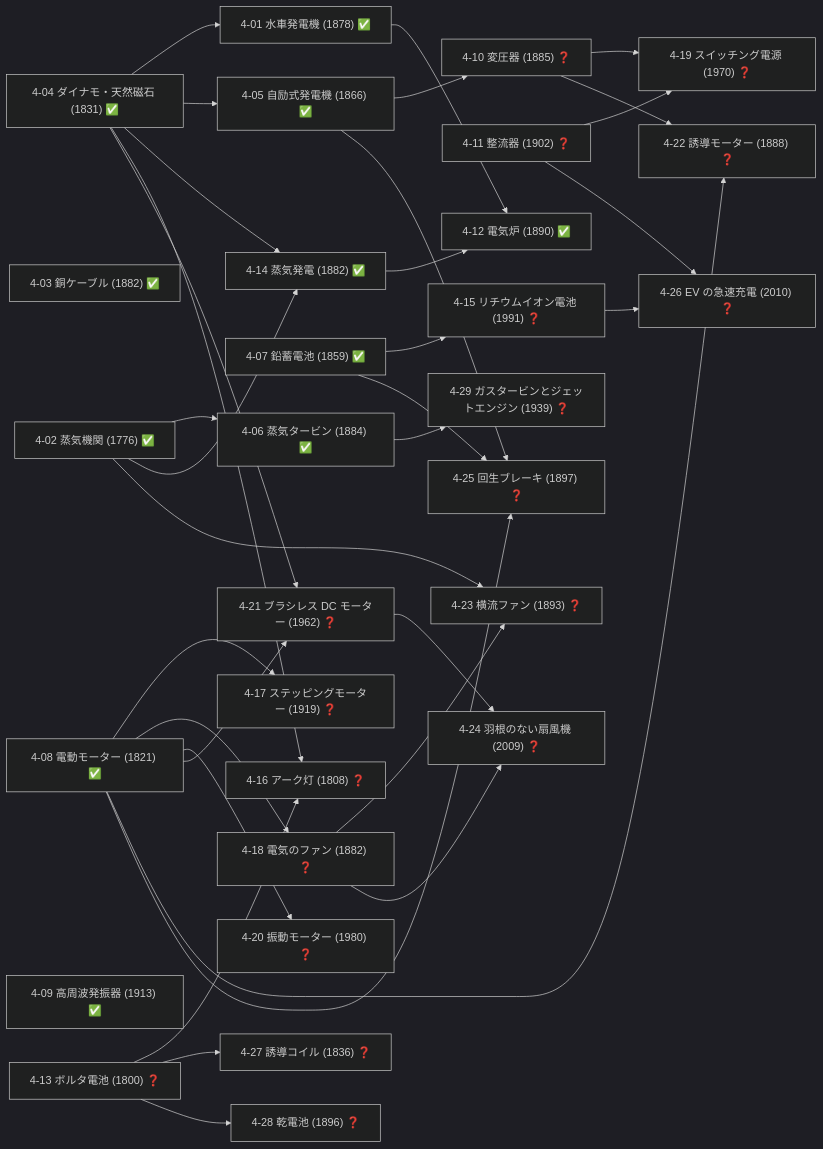
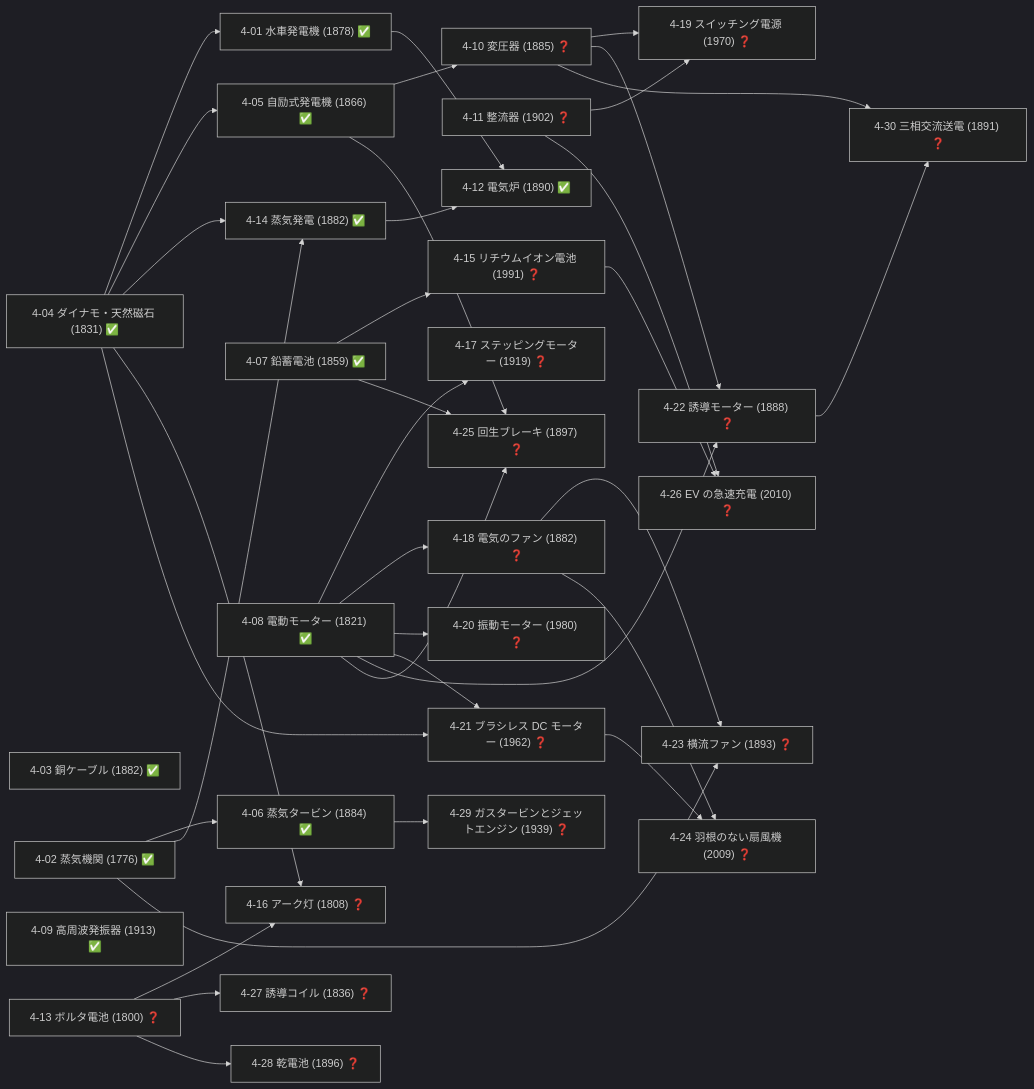
Before and after one commit to taku3i0317-collab/semiconductor-lab: the seventh of 19 diagrams in docs/TECH_TREE_VIEW.md, drawn with Mermaid (dark theme). The commit also changed other lines of this file and 8 other files, not shown here.

````diff
--- a/docs/TECH_TREE_VIEW.md
+++ b/docs/TECH_TREE_VIEW.md
@@ -365,64 +365,67 @@
 ```mermaid
 graph LR
   n4_01["4-01 水車発電機 (1878) ✅"]
   n4_02["4-02 蒸気機関 (1776) ✅"]
   n4_03["4-03 銅ケーブル (1882) ✅"]
   n4_04["4-04 ダイナモ・天然磁石 (1831) ✅"]
   n4_05["4-05 自励式発電機 (1866) ✅"]
   n4_06["4-06 蒸気タービン (1884) ✅"]
   n4_07["4-07 鉛蓄電池 (1859) ✅"]
   n4_08["4-08 電動モーター (1821) ✅"]
   n4_09["4-09 高周波発振器 (1913) ✅"]
   n4_10["4-10 変圧器 (1885) ❓"]
   n4_11["4-11 整流器 (1902) ❓"]
   n4_12["4-12 電気炉 (1890) ✅"]
   n4_13["4-13 ボルタ電池 (1800) ❓"]
   n4_14["4-14 蒸気発電 (1882) ✅"]
   n4_15["4-15 リチウムイオン電池 (1991) ❓"]
   n4_16["4-16 アーク灯 (1808) ❓"]
   n4_17["4-17 ステッピングモーター (1919) ❓"]
   n4_18["4-18 電気のファン (1882) ❓"]
   n4_19["4-19 スイッチング電源 (1970) ❓"]
   n4_20["4-20 振動モーター (1980) ❓"]
   n4_21["4-21 ブラシレス DC モーター (1962) ❓"]
   n4_22["4-22 誘導モーター (1888) ❓"]
   n4_23["4-23 横流ファン (1893) ❓"]
   n4_24["4-24 羽根のない扇風機 (2009) ❓"]
   n4_25["4-25 回生ブレーキ (1897) ❓"]
   n4_26["4-26 EV の急速充電 (2010) ❓"]
   n4_27["4-27 誘導コイル (1836) ❓"]
   n4_28["4-28 乾電池 (1896) ❓"]
   n4_29["4-29 ガスタービンとジェットエンジン (1939) ❓"]
+  n4_30["4-30 三相交流送電 (1891) ❓"]
   n4_04-->n4_01
   n4_04-->n4_05
   n4_02-->n4_06
   n4_05-->n4_10
   n4_01-->n4_12
   n4_14-->n4_12
   n4_02-->n4_14
   n4_04-->n4_14
   n4_07-->n4_15
   n4_04-->n4_16
   n4_13-->n4_16
   n4_08-->n4_17
   n4_08-->n4_18
   n4_10-->n4_19
   n4_11-->n4_19
   n4_08-->n4_20
   n4_04-->n4_21
   n4_08-->n4_21
   n4_08-->n4_22
   n4_10-->n4_22
   n4_02-->n4_23
   n4_18-->n4_23
   n4_18-->n4_24
   n4_21-->n4_24
   n4_05-->n4_25
   n4_07-->n4_25
   n4_08-->n4_25
   n4_11-->n4_26
   n4_15-->n4_26
   n4_13-->n4_27
   n4_13-->n4_28
   n4_06-->n4_29
+  n4_10-->n4_30
+  n4_22-->n4_30
 ```
````
